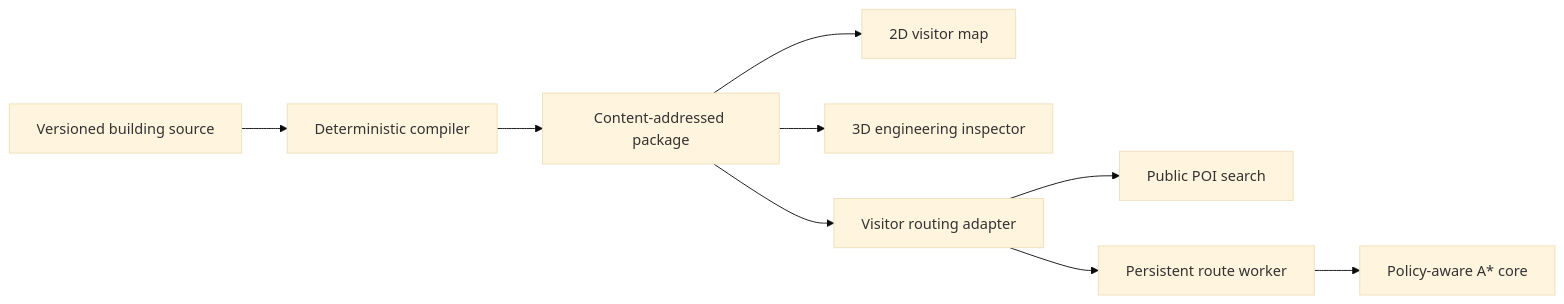
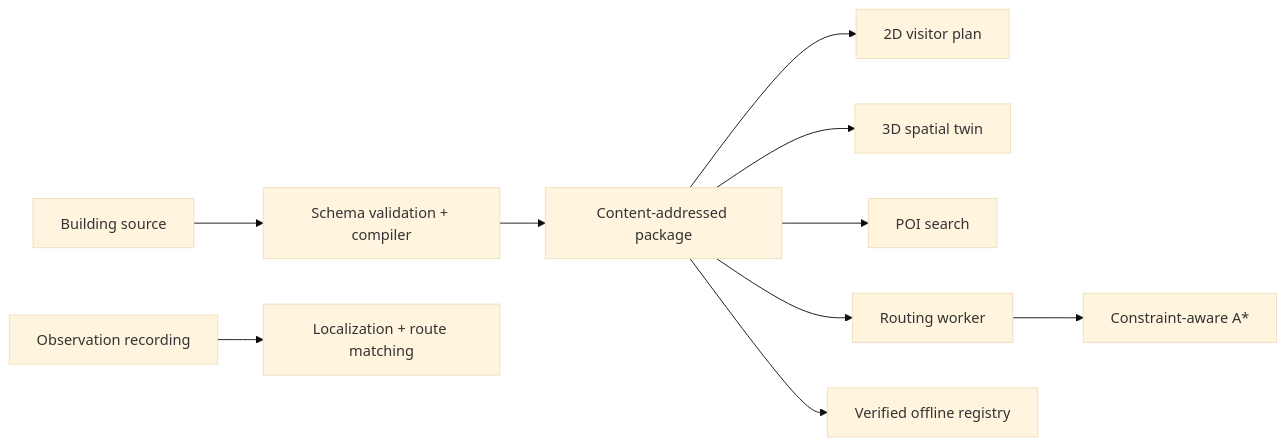
One commit to SanishKumar/voicegis-indoor-ar changed the diagram in README.md. Above: the diagram before and after it, drawn with Mermaid (base theme). The commit also changed other lines of this file and 8 other files, not shown here.

````diff
--- a/README.md
+++ b/README.md
@@ -78,11 +68,12 @@
 ```mermaid
 flowchart LR
-  Source["Versioned building source"] --> Compiler["Deterministic compiler"]
+  Source["Building source"] --> Compiler["Schema validation + compiler"]
   Compiler --> Package["Content-addressed package"]
-  Package --> Map["2D visitor map"]
-  Package --> Twin["3D engineering inspector"]
-  Package --> Adapter["Visitor routing adapter"]
-  Adapter --> Search["Public POI search"]
-  Adapter --> Worker["Persistent route worker"]
-  Worker --> Core["Policy-aware A* core"]
+  Package --> Plan["2D visitor plan"]
+  Package --> Twin["3D spatial twin"]
+  Package --> Search["POI search"]
+  Package --> Worker["Routing worker"]
+  Package --> Registry["Verified offline registry"]
+  Worker --> Policy["Constraint-aware A*"]
+  Replay["Observation recording"] --> Localization["Localization + route matching"]
 ```
````
